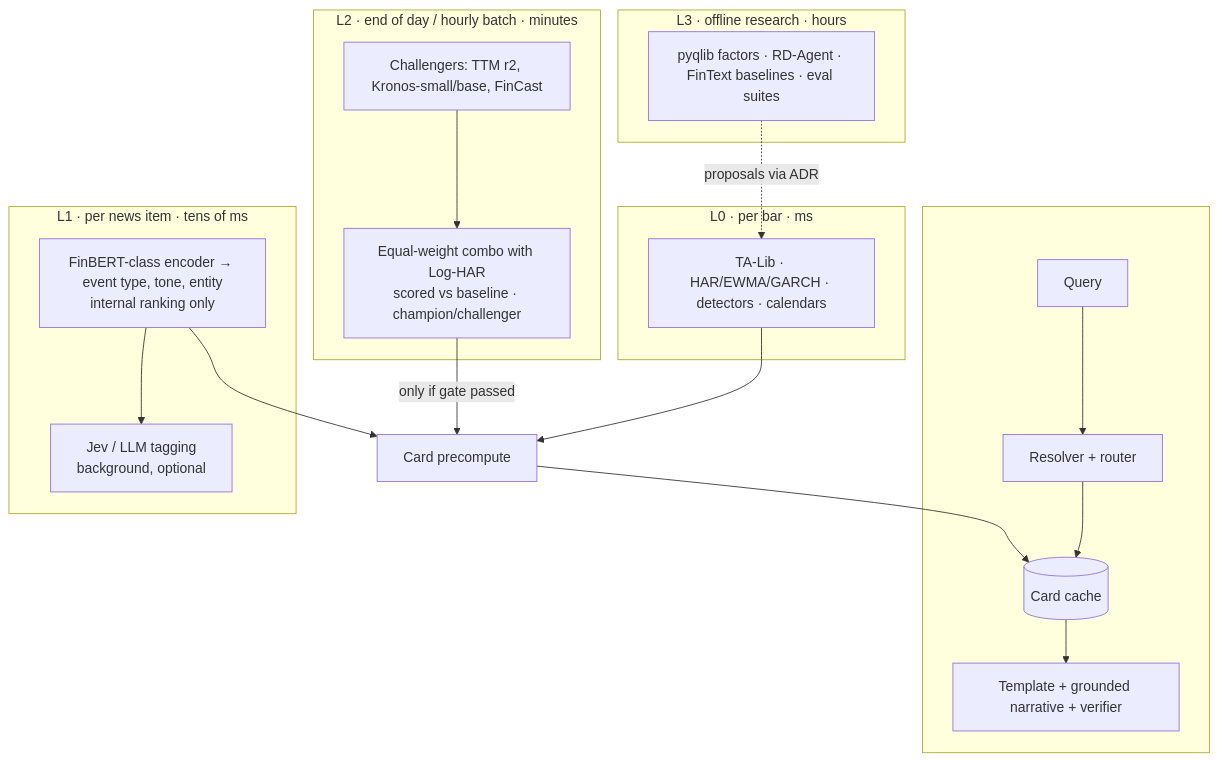
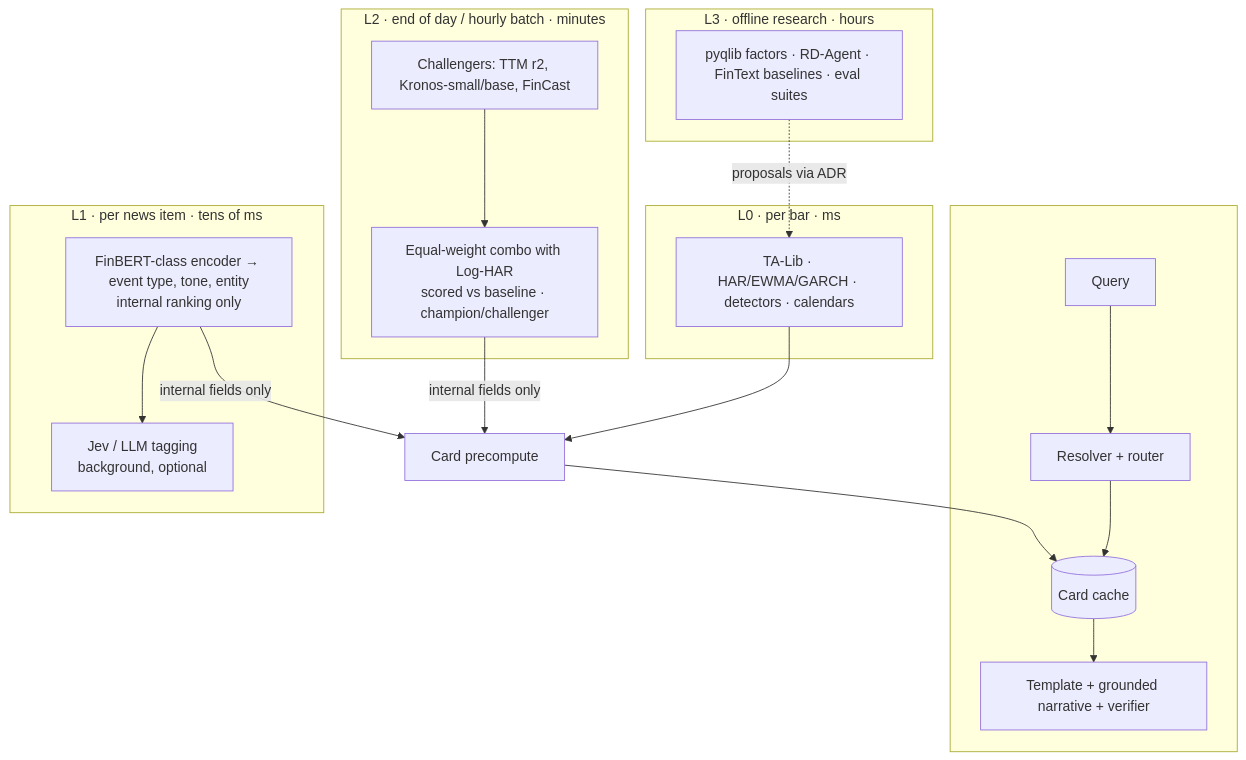
The second of 2 diagrams in docs/production-plan/15-finance-model-layer.md (Dhruv-413/StockAnalysis), drawn with Mermaid before and after one commit. The commit also changed other lines of this file and 4 other files, not shown here.

````diff
--- a/docs/production-plan/15-finance-model-layer.md
+++ b/docs/production-plan/15-finance-model-layer.md
@@ -112,23 +115,23 @@
 ```mermaid
 flowchart TB
   subgraph Live[" "]
     Q[Query] --> R[Resolver + router] --> C[(Card cache)] --> T[Template + grounded narrative + verifier]
   end
   subgraph L0[L0 · per bar · ms]
     E[TA-Lib · HAR/EWMA/GARCH · detectors · calendars]
   end
   subgraph L1[L1 · per news item · tens of ms]
     S[FinBERT-class encoder → event type, tone, entity<br/>internal ranking only] --> JV[Jev / LLM tagging<br/>background, optional]
   end
   subgraph L2[L2 · end of day / hourly batch · minutes]
     CH[Challengers: TTM r2, Kronos-small/base, FinCast] --> ENS[Equal-weight combo with Log-HAR<br/>scored vs baseline · champion/challenger]
   end
   subgraph L3[L3 · offline research · hours]
     QL[pyqlib factors · RD-Agent · FinText baselines · eval suites]
   end
   E --> P[Card precompute]
-  S --> P
-  ENS -- only if gate passed --> P
+  S -- internal fields only --> P
+  ENS -- internal fields only --> P
   QL -. proposals via ADR .-> E
   P --> C
 ```
````
